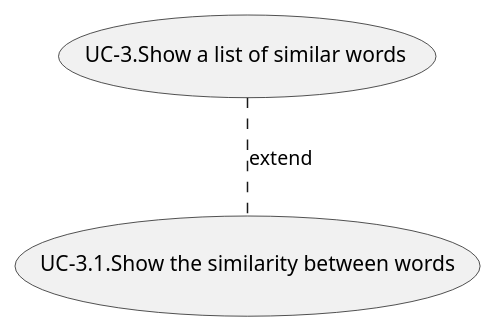
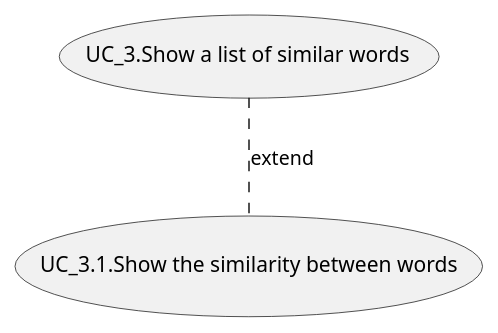
One commit to azarashin/Word2VecSOM changed the diagram in web/doc/usecase_chart/UC_3.pu. Above: the diagram before and after it, drawn with PlantUML. The commit also changed 5 other files, not shown here.

```diff
--- a/web/doc/usecase_chart/UC_3.pu
+++ b/web/doc/usecase_chart/UC_3.pu
@@ -1,5 +1,5 @@
 @startuml
 
-(UC-3.Show a list of similar words) .. (UC-3.1.Show the similarity between words) : extend
+(UC_3.Show a list of similar words) .. (UC_3.1.Show the similarity between words) : extend
 
 @enduml
```
